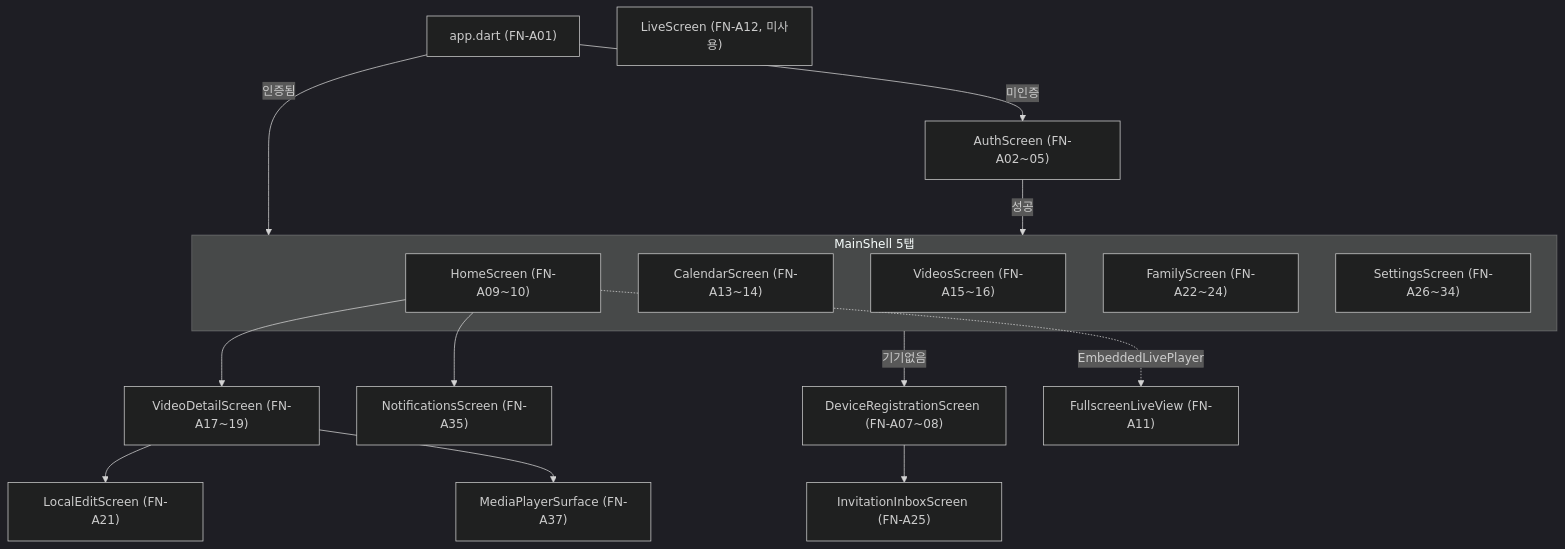
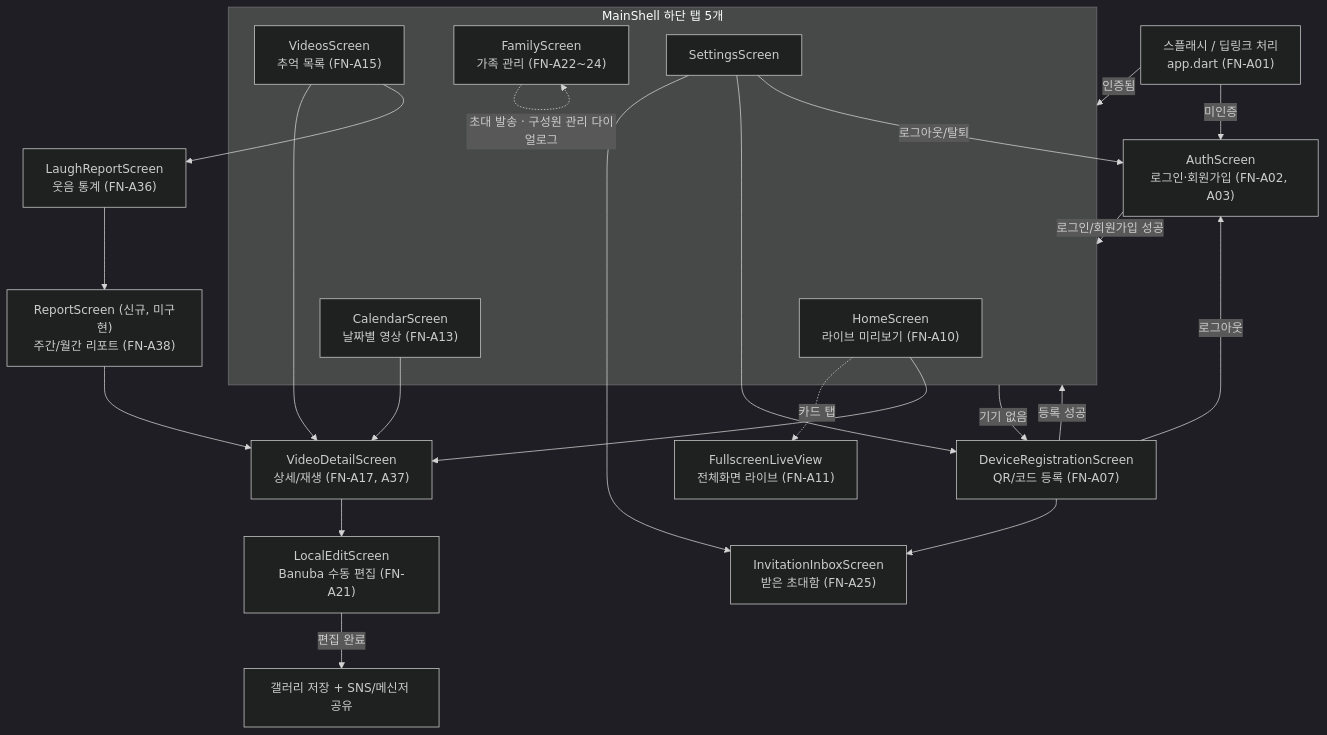
The diagram in 자료/docs/ai에게 입력용 문서/03-features.md (limbs-han/Bbanggeut), drawn with Mermaid (dark theme) before and after one commit. The commit also changed other lines of this file and 4 other files, not shown here.

````diff
--- a/자료/docs/ai에게 입력용 문서/03-features.md
+++ b/자료/docs/ai에게 입력용 문서/03-features.md
@@ -67,21 +71,36 @@
 ```mermaid
 flowchart TD
-    Splash["app.dart (FN-A01)"] -->|미인증| Auth["AuthScreen (FN-A02~05)"]
+    Splash["스플래시 / 딥링크 처리\napp.dart (FN-A01)"] -->|미인증| Auth["AuthScreen\n로그인·회원가입 (FN-A02, A03)"]
     Splash -->|인증됨| Shell["MainShell (FN-A06)"]
-    Auth -->|성공| Shell
-    Shell -->|기기없음| DeviceReg["DeviceRegistrationScreen (FN-A07~08)"]
-    DeviceReg --> InvInbox["InvitationInboxScreen (FN-A25)"]
-    subgraph Shell["MainShell 5탭"]
-        Home["HomeScreen (FN-A09~10)"]
-        Calendar["CalendarScreen (FN-A13~14)"]
-        Videos["VideosScreen (FN-A15~16)"]
-        Family["FamilyScreen (FN-A22~24)"]
-        Settings["SettingsScreen (FN-A26~34)"]
+
+    Auth -->|로그인/회원가입 성공| Shell
+    Shell -->|기기 없음| DeviceReg["DeviceRegistrationScreen\nQR/코드 등록 (FN-A07)"]
+    DeviceReg -->|등록 성공| Shell
+    DeviceReg --> InvInbox["InvitationInboxScreen\n받은 초대함 (FN-A25)"]
+    DeviceReg -->|로그아웃| Auth
+
+    subgraph Shell["MainShell 하단 탭 5개"]
+        Home["HomeScreen\n라이브 미리보기 (FN-A10)"]
+        Calendar["CalendarScreen\n날짜별 영상 (FN-A13)"]
+        Videos["VideosScreen\n추억 목록 (FN-A15)"]
+        Family["FamilyScreen\n가족 관리 (FN-A22~24)"]
+        Settings["SettingsScreen"]
     end
-    Home --> Notifications["NotificationsScreen (FN-A35)"]
-    Home --> VideoDetail["VideoDetailScreen (FN-A17~19)"]
-    Home -. EmbeddedLivePlayer .-> FullscreenLive["FullscreenLiveView (FN-A11)"]
-    VideoDetail --> LocalEdit["LocalEditScreen (FN-A21)"]
-    VideoDetail --> MediaPlayer["MediaPlayerSurface (FN-A37)"]
-    LiveScreenUnused["LiveScreen (FN-A12, 미사용)"]
+
+    Home -. 카드 탭 .-> FullscreenLive["FullscreenLiveView\n전체화면 라이브 (FN-A11)"]
+    Home --> VideoDetail["VideoDetailScreen\n상세/재생 (FN-A17, A37)"]
+    Calendar --> VideoDetail
+    Videos --> VideoDetail
+    Videos --> LaughReport["LaughReportScreen\n웃음 통계 (FN-A36)"]
+    LaughReport --> ReportScreen["ReportScreen (신규, 미구현)\n주간/월간 리포트 (FN-A38)"]
+    ReportScreen --> VideoDetail
+
+    VideoDetail --> LocalEdit["LocalEditScreen\nBanuba 수동 편집 (FN-A21)"]
+    LocalEdit -->|편집 완료| Gallery["갤러리 저장 + SNS/메신저 공유"]
+
+    Settings --> InvInbox
+    Settings --> DeviceReg
+    Settings -->|로그아웃/탈퇴| Auth
+
+    Family -.->|초대 발송 · 구성원 관리 다이얼로그| Family
 ```
````
